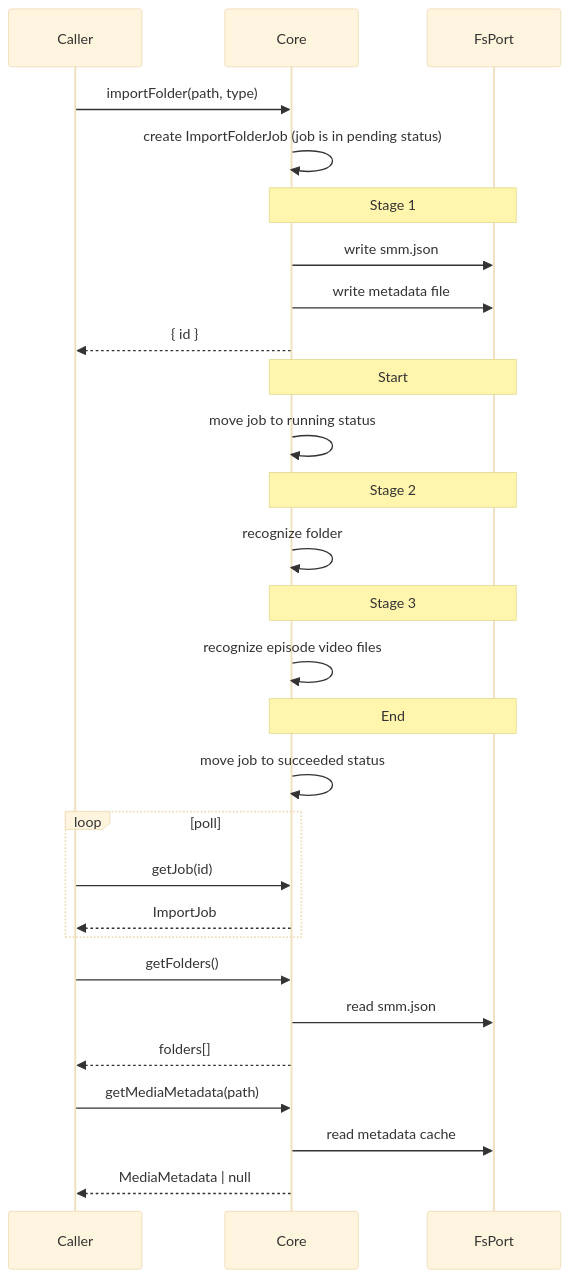
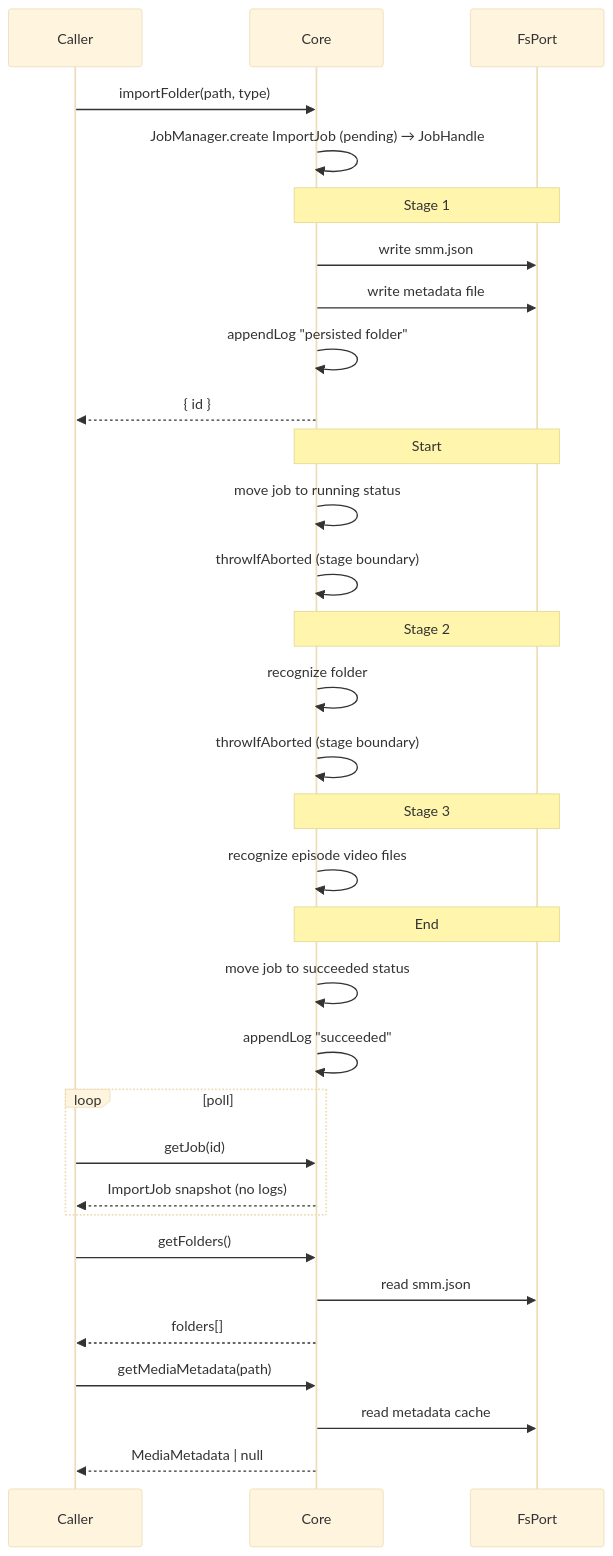
The first of 3 diagrams in docs/dev/import-folder.md (lawrenceching/SMM), drawn with Mermaid (base theme) before and after one commit. The commit also changed other lines of this file and 10 other files, not shown here.

Commit message:
fix(core): address JobManager review findings

````diff
--- a/docs/dev/import-folder.md
+++ b/docs/dev/import-folder.md
@@ -14,39 +14,43 @@
 ```mermaid
 sequenceDiagram
   participant Caller
   participant Core
   participant Fs as FsPort
 
   Caller->>Core: importFolder(path, type)
-  Core->>Core: create ImportFolderJob (job is in pending status)
+  Core->>Core: JobManager.create ImportJob (pending) → JobHandle
 
   Note over Core,Fs: Stage 1
   Core->>Fs: write smm.json
   Core->>Fs: write metadata file
+  Core->>Core: appendLog "persisted folder"
   Core-->>Caller: { id }
 
   Note over Core,Fs: Start
   Core->>Core: move job to running status
+  Core->>Core: throwIfAborted (stage boundary)
 
   Note over Core,Fs: Stage 2
   Core->>Core: recognize folder
+  Core->>Core: throwIfAborted (stage boundary)
 
   Note over Core,Fs: Stage 3
   Core->>Core: recognize episode video files
 
   Note over Core,Fs: End
   Core->>Core: move job to succeeded status
+  Core->>Core: appendLog "succeeded"
 
   loop poll
     Caller->>Core: getJob(id)
-    Core-->>Caller: ImportJob
+    Core-->>Caller: ImportJob snapshot (no logs)
   end
 
   Caller->>Core: getFolders()
   Core->>Fs: read smm.json
   Core-->>Caller: folders[]
 
   Caller->>Core: getMediaMetadata(path)
   Core->>Fs: read metadata cache
   Core-->>Caller: MediaMetadata | null
 ```
````
